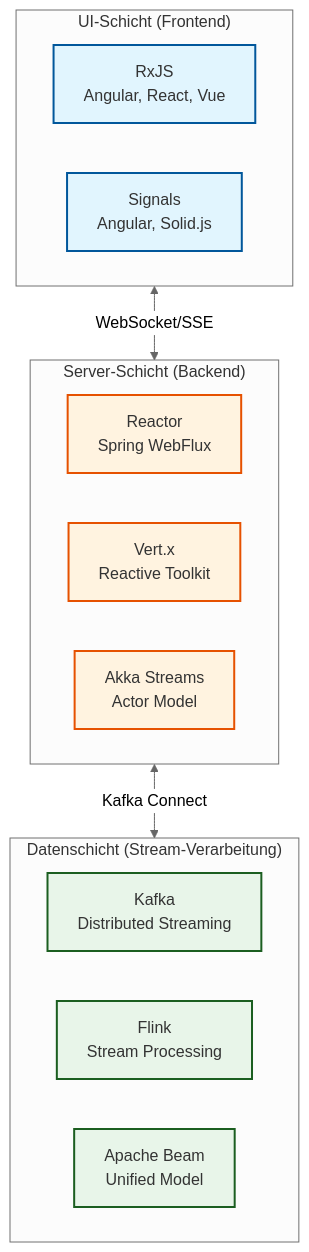
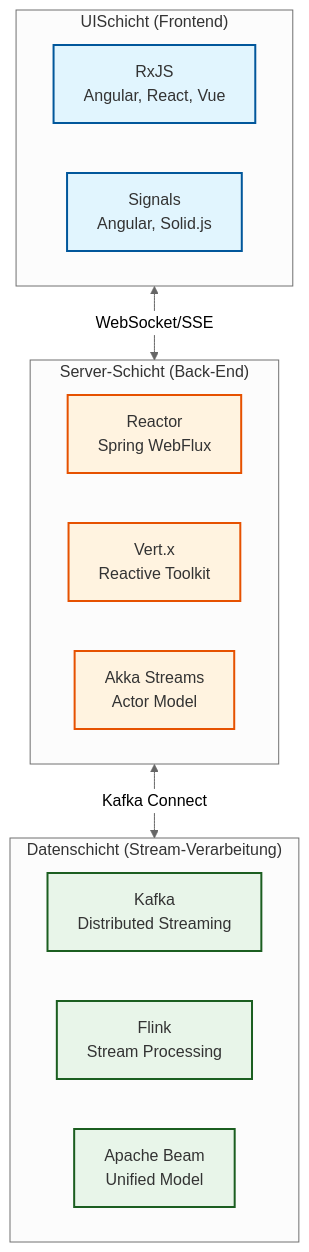
The second of 12 diagrams in docs/de/guide/appendix/rxjs-and-reactive-streams-ecosystem.md (shuji-bonji/RxJS-with-TypeScript), drawn with Mermaid (neutral theme) before and after one commit. The commit also changed other lines of this file and 61 other files, not shown here.

````diff
--- a/docs/de/guide/appendix/rxjs-and-reactive-streams-ecosystem.md
+++ b/docs/de/guide/appendix/rxjs-and-reactive-streams-ecosystem.md
@@ -117,30 +166,30 @@
 ```mermaid
 flowchart TB
-    subgraph ui["UI-Schicht (Frontend)"]
+    subgraph ui["UISchicht (Frontend)"]
         rxjs["RxJS<br/>Angular, React, Vue"]
         signals["Signals<br/>Angular, Solid.js"]
     end
 
-    subgraph server["Server-Schicht (Backend)"]
+    subgraph server["Server-Schicht (Back-End)"]
         reactor["Reactor<br/>Spring WebFlux"]
         vertx["Vert.x<br/>Reactive Toolkit"]
         akka["Akka Streams<br/>Actor Model"]
     end
 
     subgraph data["Datenschicht (Stream-Verarbeitung)"]
         kafka["Kafka<br/>Distributed Streaming"]
         flink["Flink<br/>Stream Processing"]
         beam["Apache Beam<br/>Unified Model"]
     end
 
     ui <--> |"WebSocket/SSE"| server
     server <--> |"Kafka Connect"| data
 
     classDef uiLayer fill:#e1f5fe,stroke:#01579b,stroke-width:2px,color:#333
     classDef serverLayer fill:#fff3e0,stroke:#e65100,stroke-width:2px,color:#333
     classDef dataLayer fill:#e8f5e9,stroke:#1b5e20,stroke-width:2px,color:#333
 
     class rxjs,signals uiLayer
     class reactor,vertx,akka serverLayer
     class kafka,flink,beam dataLayer
 ```
````
